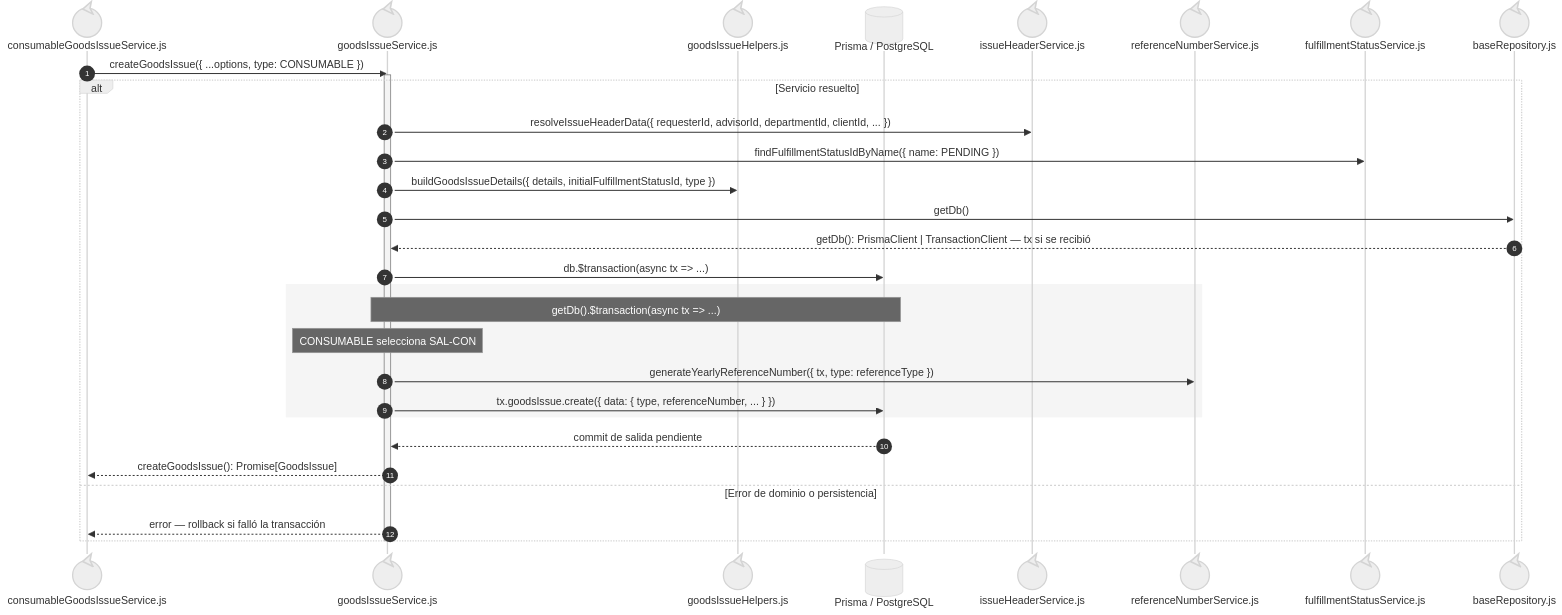
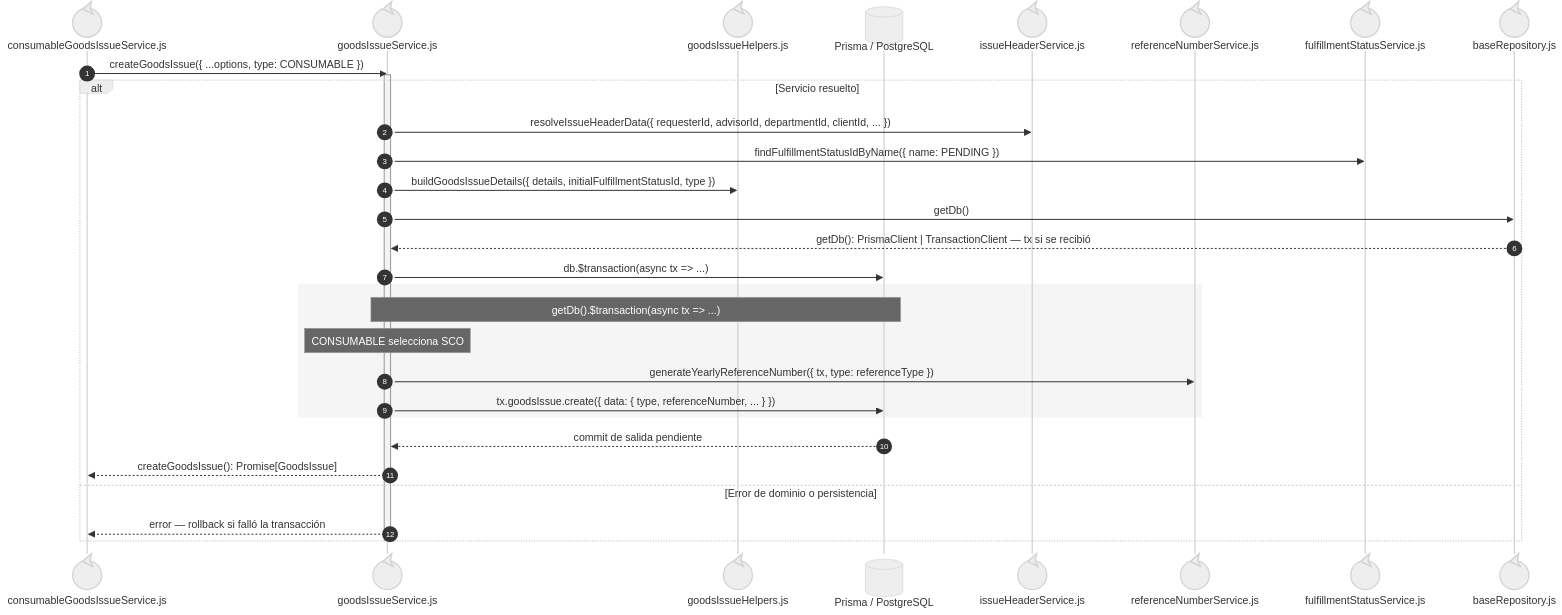
Before and after one commit to gpgsistemas01/nexus: the fourth of 4 diagrams in docs/architecture/views/processes/backend-code-sequences/issues/cu-sal-16.md, drawn with Mermaid (neutral theme). The commit also changed 25 other files, not shown here.

````diff
--- a/docs/architecture/views/processes/backend-code-sequences/issues/cu-sal-16.md
+++ b/docs/architecture/views/processes/backend-code-sequences/issues/cu-sal-16.md
@@ -158,35 +158,35 @@
 ```mermaid
 sequenceDiagram
     autonumber
     participant Facade@{ "type": "control" } as consumableGoodsIssueService.js
     participant Core@{ "type": "control" } as goodsIssueService.js
     participant Helpers@{ "type": "control" } as goodsIssueHelpers.js
     participant Prisma@{ "type": "database" } as Prisma / PostgreSQL
     participant Header@{ "type": "control" } as issueHeaderService.js
     participant Reference@{ "type": "control" } as referenceNumberService.js
     participant Fulfillment@{ "type": "control" } as fulfillmentStatusService.js
 
     participant FileBaseRepository@{ "type": "control" } as baseRepository.js
 
     Facade->>Core: createGoodsIssue({ ...options, type: CONSUMABLE })
     activate Core
     alt Servicio resuelto
         Core->>Header: resolveIssueHeaderData({ requesterId, advisorId, departmentId, clientId, ... })
         Core->>Fulfillment: findFulfillmentStatusIdByName({ name: PENDING })
         Core->>Helpers: buildGoodsIssueDetails({ details, initialFulfillmentStatusId, type })
         Core->>FileBaseRepository: getDb()
         FileBaseRepository-->>Core: getDb(): PrismaClient | TransactionClient — tx si se recibió
         Core->>Prisma: db.$transaction(async tx => ...)
         rect rgb(245, 245, 245)
             Note over Core,Prisma: getDb().$transaction(async tx => ...)
-            Note over Core: CONSUMABLE selecciona SAL-CON
+            Note over Core: CONSUMABLE selecciona SCO
             Core->>Reference: generateYearlyReferenceNumber({ tx, type: referenceType })
             Core->>Prisma: tx.goodsIssue.create({ data: { type, referenceNumber, ... } })
         end
         Prisma-->>Core: commit de salida pendiente
         Core-->>Facade: createGoodsIssue(): Promise[GoodsIssue]
     else Error de dominio o persistencia
         Core-->>Facade: error — rollback si falló la transacción
     end
     deactivate Core
 ```
````
